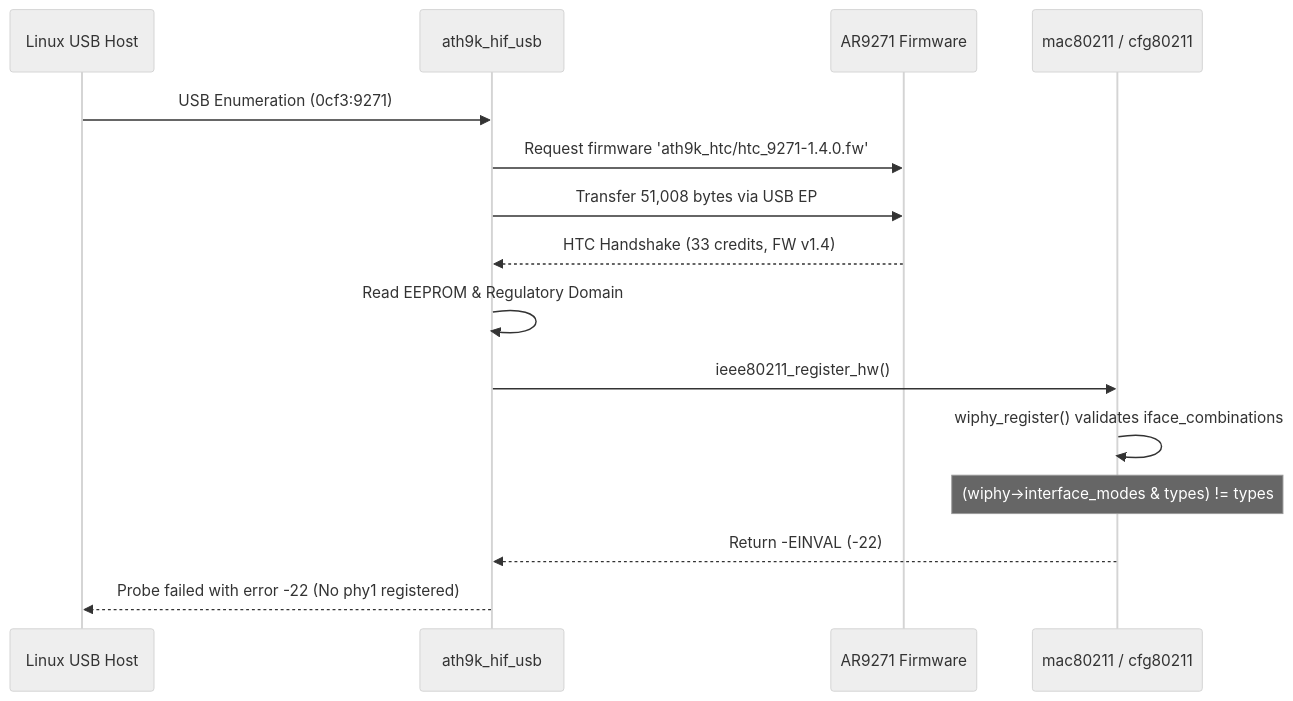
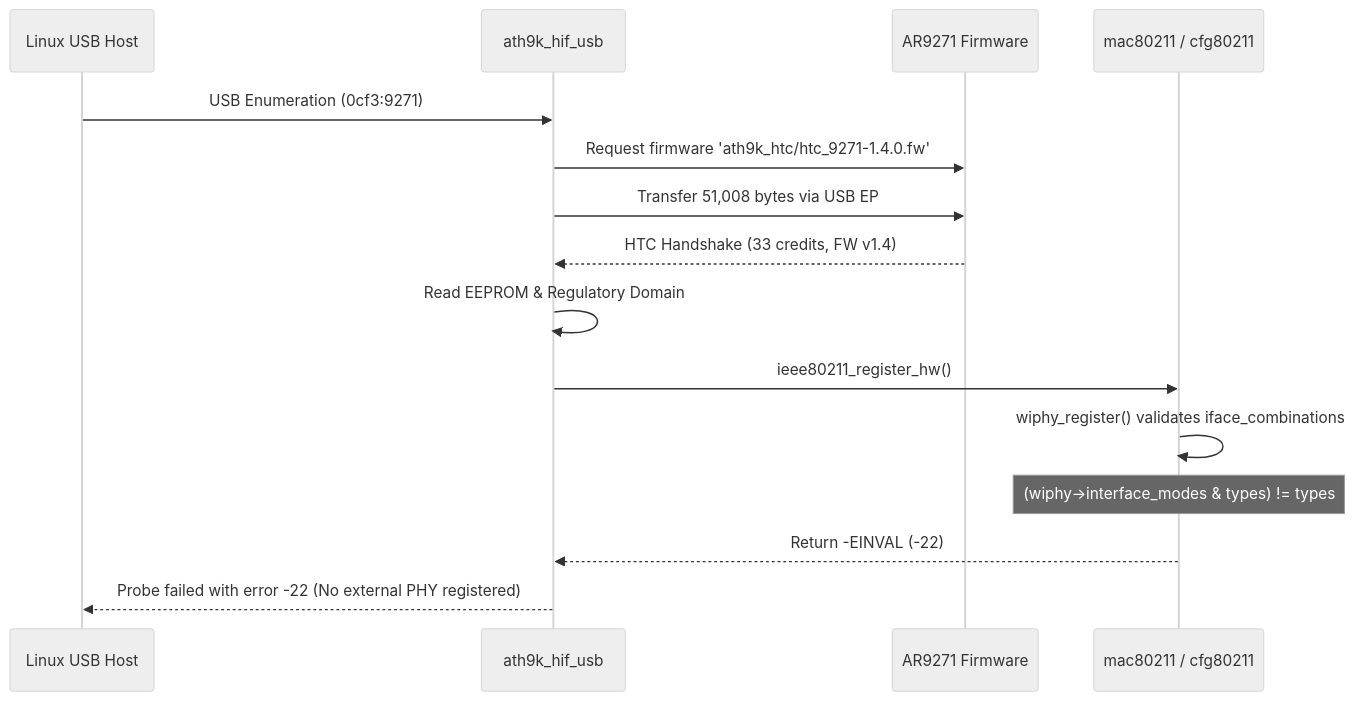
One commit to Strazacki/lenovo-tb311fu-ath9k-htc changed the diagram in docs/DMESG-ANALYSIS.md. Above: the diagram before and after it, drawn with Mermaid (neutral theme). The commit also changed other lines of this file and 8 other files, not shown here.

````diff
--- a/docs/DMESG-ANALYSIS.md
+++ b/docs/DMESG-ANALYSIS.md
@@ -9,18 +9,18 @@
 ```mermaid
 sequenceDiagram
     participant Host as Linux USB Host
     participant HIF as ath9k_hif_usb
     participant FW as AR9271 Firmware
     participant MAC as mac80211 / cfg80211
 
     Host->>HIF: USB Enumeration (0cf3:9271)
     HIF->>FW: Request firmware 'ath9k_htc/htc_9271-1.4.0.fw'
     HIF->>FW: Transfer 51,008 bytes via USB EP
     FW-->>HIF: HTC Handshake (33 credits, FW v1.4)
     HIF->>HIF: Read EEPROM & Regulatory Domain
     HIF->>MAC: ieee80211_register_hw()
     MAC->>MAC: wiphy_register() validates iface_combinations
     Note over MAC: (wiphy->interface_modes & types) != types
     MAC-->>HIF: Return -EINVAL (-22)
-    HIF-->>Host: Probe failed with error -22 (No phy1 registered)
+    HIF-->>Host: Probe failed with error -22 (No external PHY registered)
 ```
````
